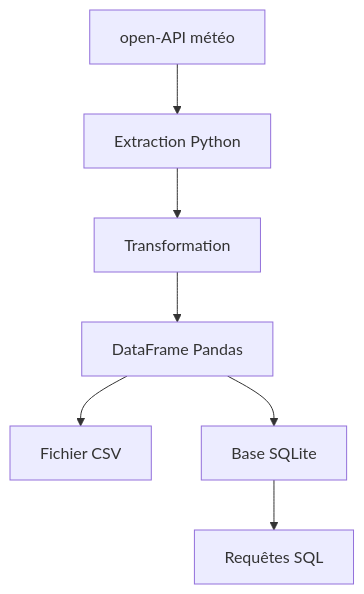
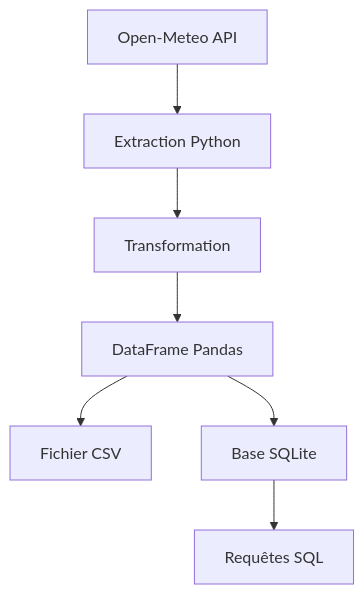
One commit to dahirfaye/projet_data_pipeline changed the diagram in README.md. Above: the diagram before and after it, drawn with Mermaid.

Commit message:
Update README.md
Improve README architecture diagram

````diff
--- a/README.md
+++ b/README.md
@@ -23,9 +23,9 @@
 ```mermaid
 flowchart TD
-    A[open-API météo] --> B[Extraction Python]
+    A[Open-Meteo API] --> B[Extraction Python]
     B --> C[Transformation]
     C --> D[DataFrame Pandas]
     D --> E[Fichier CSV]
     D --> F[Base SQLite]
     F --> G[Requêtes SQL]
 ```
````
